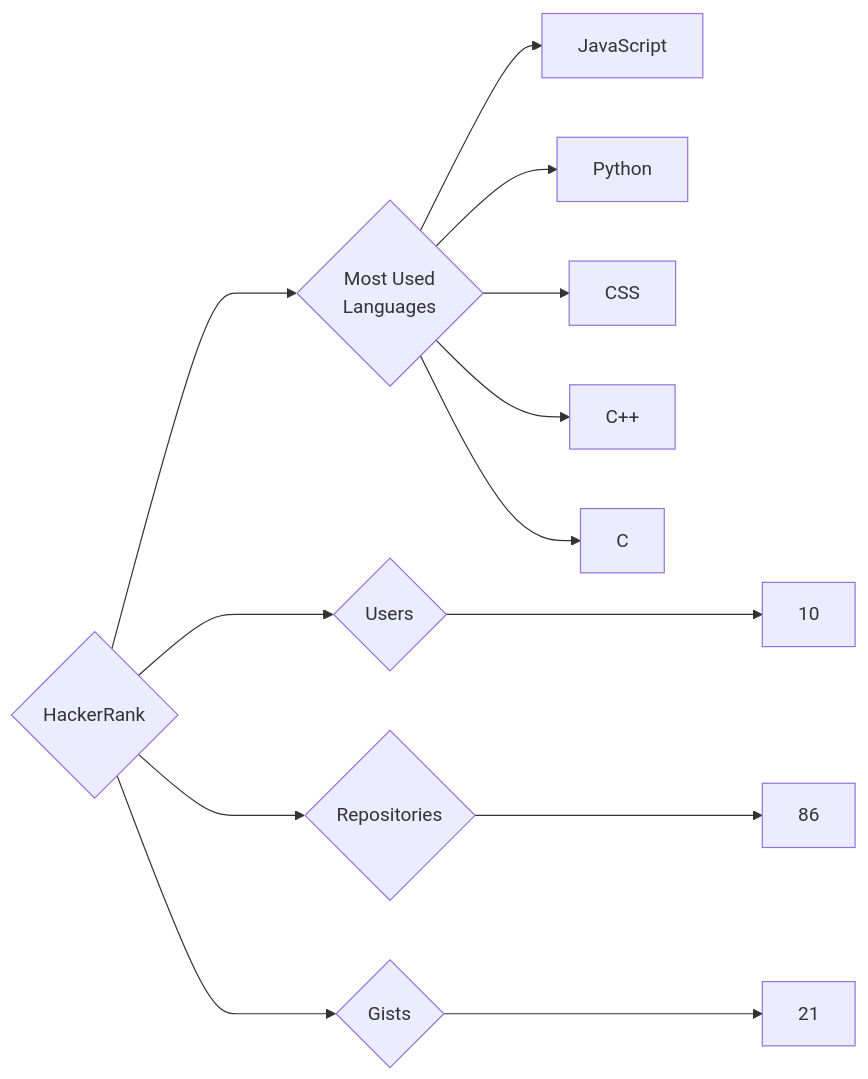
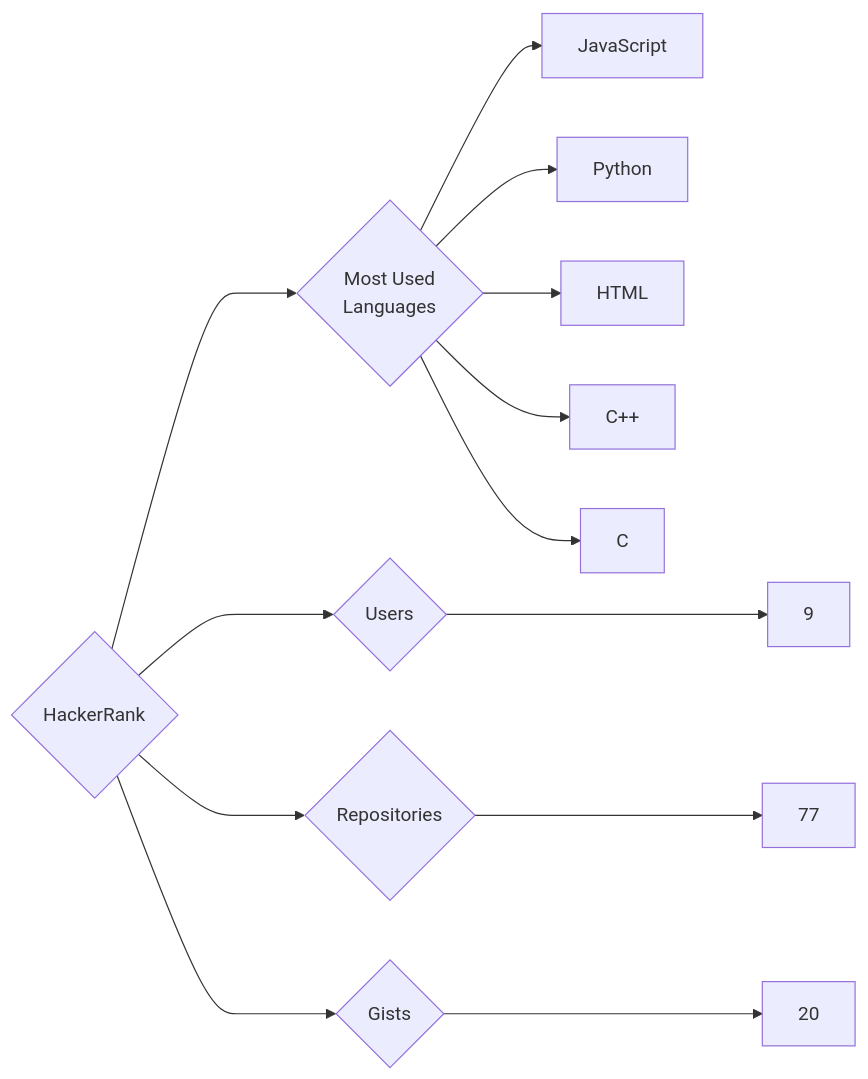
One commit to trickest/insiders changed the diagram in targets/HackerRank/README.md. Above: the diagram before and after it, drawn with Mermaid. The commit also changed 965 other files, not shown here.

````diff
--- a/targets/HackerRank/README.md
+++ b/targets/HackerRank/README.md
@@ -3,13 +3,13 @@
 ```mermaid
 graph LR
 COMPANY_NAME{HackerRank}
-COMPANY_NAME ---> U{Users} ---> UN[10]
-COMPANY_NAME ---> R{Repositories} ---> RN[86]
-COMPANY_NAME ---> G{Gists} ---> GN[21]
+COMPANY_NAME ---> U{Users} ---> UN[9]
+COMPANY_NAME ---> R{Repositories} ---> RN[77]
+COMPANY_NAME ---> G{Gists} ---> GN[20]
 COMPANY_NAME ---> ML{Most Used<br>Languages}
 ML --> JavaScript[JavaScript]
 ML --> Python[Python]
-ML --> CSS[CSS]
+ML --> HTML[HTML]
 ML --> C++[C++]
 ML --> C[C]
 ```
````
